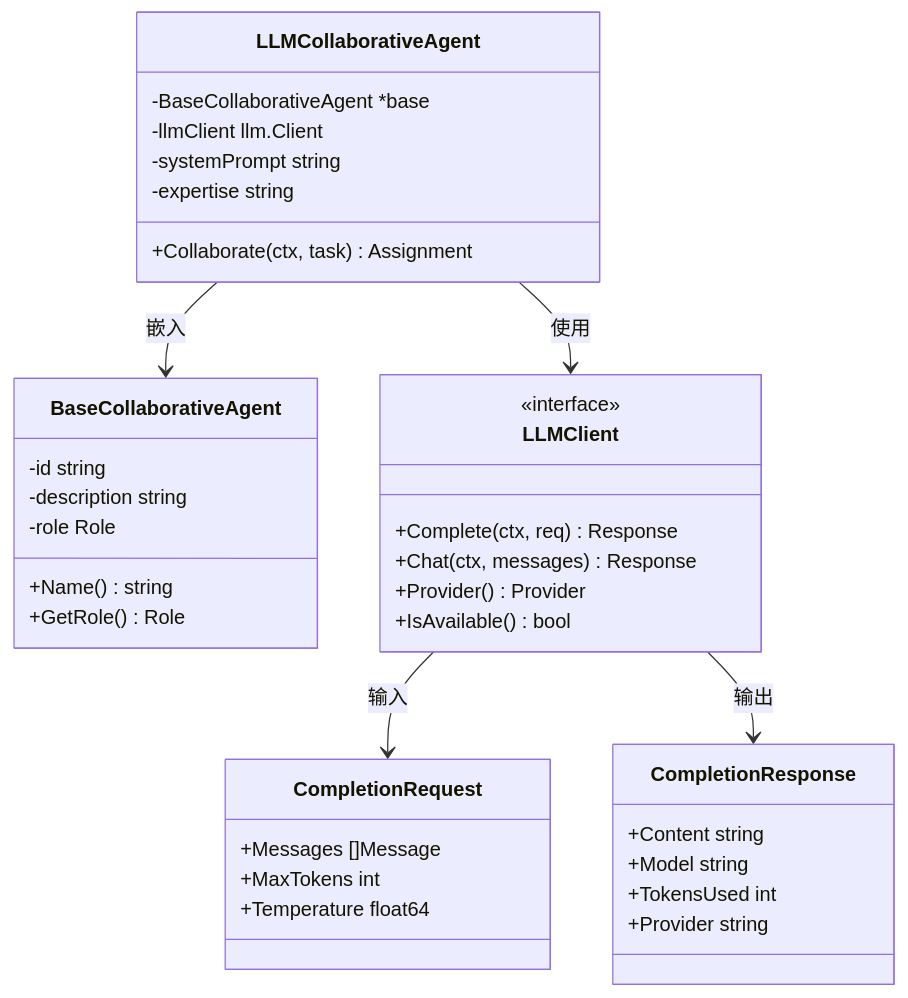
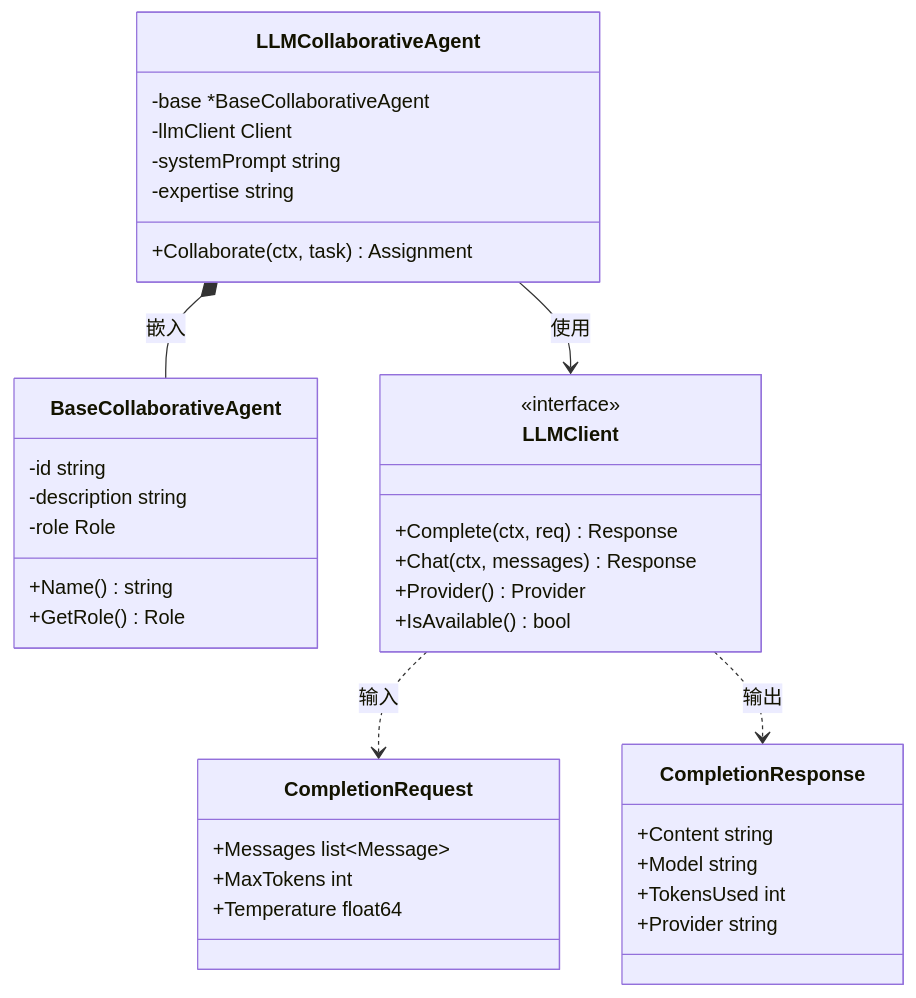
One commit to kart-io/goagent changed the second of 10 diagrams in examples/multiagent/05-llm-collaborative-agents/README.md. Above: the diagram before and after it, drawn with Mermaid. The commit also changed 34 other files, not shown here.

````diff
--- a/examples/multiagent/05-llm-collaborative-agents/README.md
+++ b/examples/multiagent/05-llm-collaborative-agents/README.md
@@ -58,44 +58,44 @@
 ```mermaid
 classDiagram
     class LLMCollaborativeAgent {
-        -BaseCollaborativeAgent *base
-        -llmClient llm.Client
+        -base *BaseCollaborativeAgent
+        -llmClient Client
         -systemPrompt string
         -expertise string
         +Collaborate(ctx, task) Assignment
     }
 
     class BaseCollaborativeAgent {
         -id string
         -description string
         -role Role
         +Name() string
         +GetRole() Role
     }
 
     class LLMClient {
         <<interface>>
         +Complete(ctx, req) Response
         +Chat(ctx, messages) Response
         +Provider() Provider
         +IsAvailable() bool
     }
 
     class CompletionRequest {
-        +Messages []Message
+        +Messages list~Message~
         +MaxTokens int
         +Temperature float64
     }
 
     class CompletionResponse {
         +Content string
         +Model string
         +TokensUsed int
         +Provider string
     }
 
-    LLMCollaborativeAgent --> BaseCollaborativeAgent : 嵌入
+    LLMCollaborativeAgent *-- BaseCollaborativeAgent : 嵌入
     LLMCollaborativeAgent --> LLMClient : 使用
-    LLMClient --> CompletionRequest : 输入
-    LLMClient --> CompletionResponse : 输出
+    LLMClient ..> CompletionRequest : 输入
+    LLMClient ..> CompletionResponse : 输出
 ```
````
